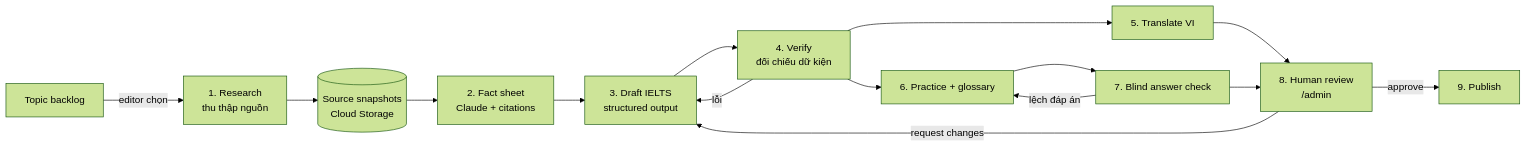
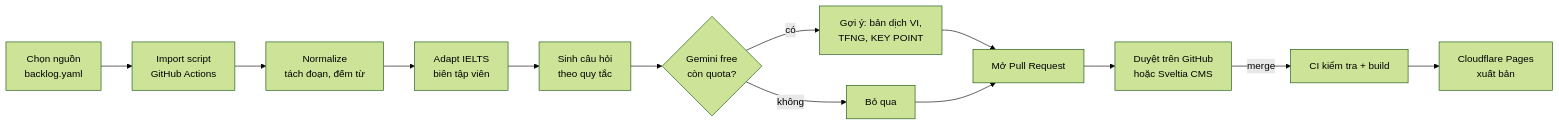
Before and after one commit to ahihiyou20/Reader: the diagram in docs/05-content-pipeline.md, drawn with Mermaid (forest theme). The commit also changed other lines of this file and 4 other files, not shown here.

````diff
--- a/docs/05-content-pipeline.md
+++ b/docs/05-content-pipeline.md
@@ -147,17 +98,15 @@
 ```mermaid
 flowchart LR
-  T[Topic backlog] -->|editor chọn| R[1. Research<br/>thu thập nguồn]
-  R --> S[(Source snapshots<br/>Cloud Storage)]
-  S --> F[2. Fact sheet<br/>Claude + citations]
-  F --> D[3. Draft IELTS<br/>structured output]
-  D --> V[4. Verify<br/>đối chiếu dữ kiện]
-  V -->|lỗi| D
-  V --> X[5. Translate VI]
-  V --> Q[6. Practice + glossary]
-  Q --> B[7. Blind answer check]
-  B -->|lệch đáp án| Q
-  X --> H[8. Human review<br/>/admin]
-  B --> H
-  H -->|approve| P[9. Publish]
-  H -->|request changes| D
+  A[Chọn nguồn<br/>backlog.yaml] --> B[Import script<br/>GitHub Actions]
+  B --> C[Normalize<br/>tách đoạn, đếm từ]
+  C --> D[Adapt IELTS<br/>biên tập viên]
+  D --> E[Sinh câu hỏi<br/>theo quy tắc]
+  E --> G{Gemini free<br/>còn quota?}
+  G -->|có| H[Gợi ý: bản dịch VI,<br/>TFNG, KEY POINT]
+  G -->|không| I[Bỏ qua]
+  H --> PR[Mở Pull Request]
+  I --> PR
+  PR --> R[Duyệt trên GitHub<br/>hoặc Sveltia CMS]
+  R -->|merge| CI[CI kiểm tra + build]
+  CI --> CF[Cloudflare Pages<br/>xuất bản]
 ```
````
